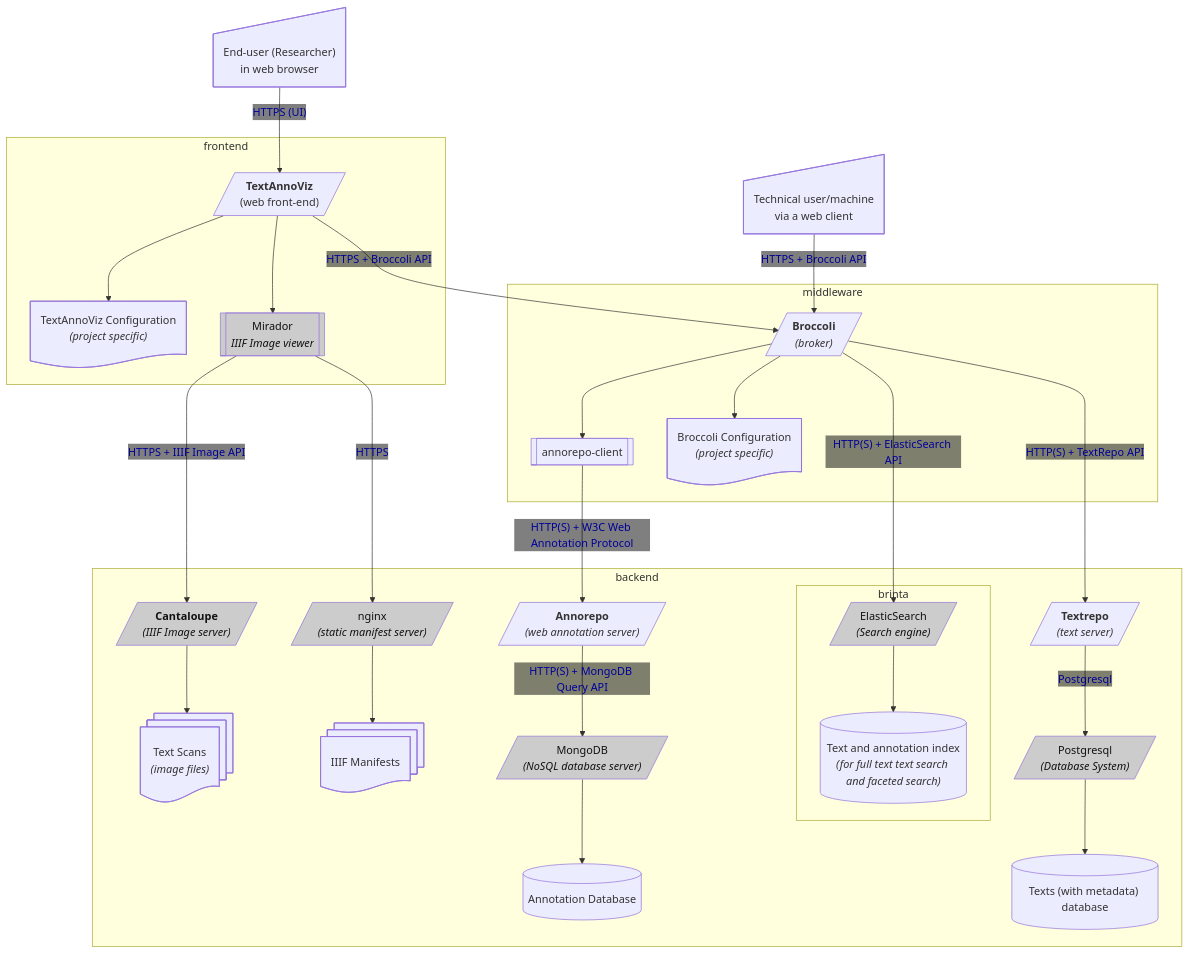
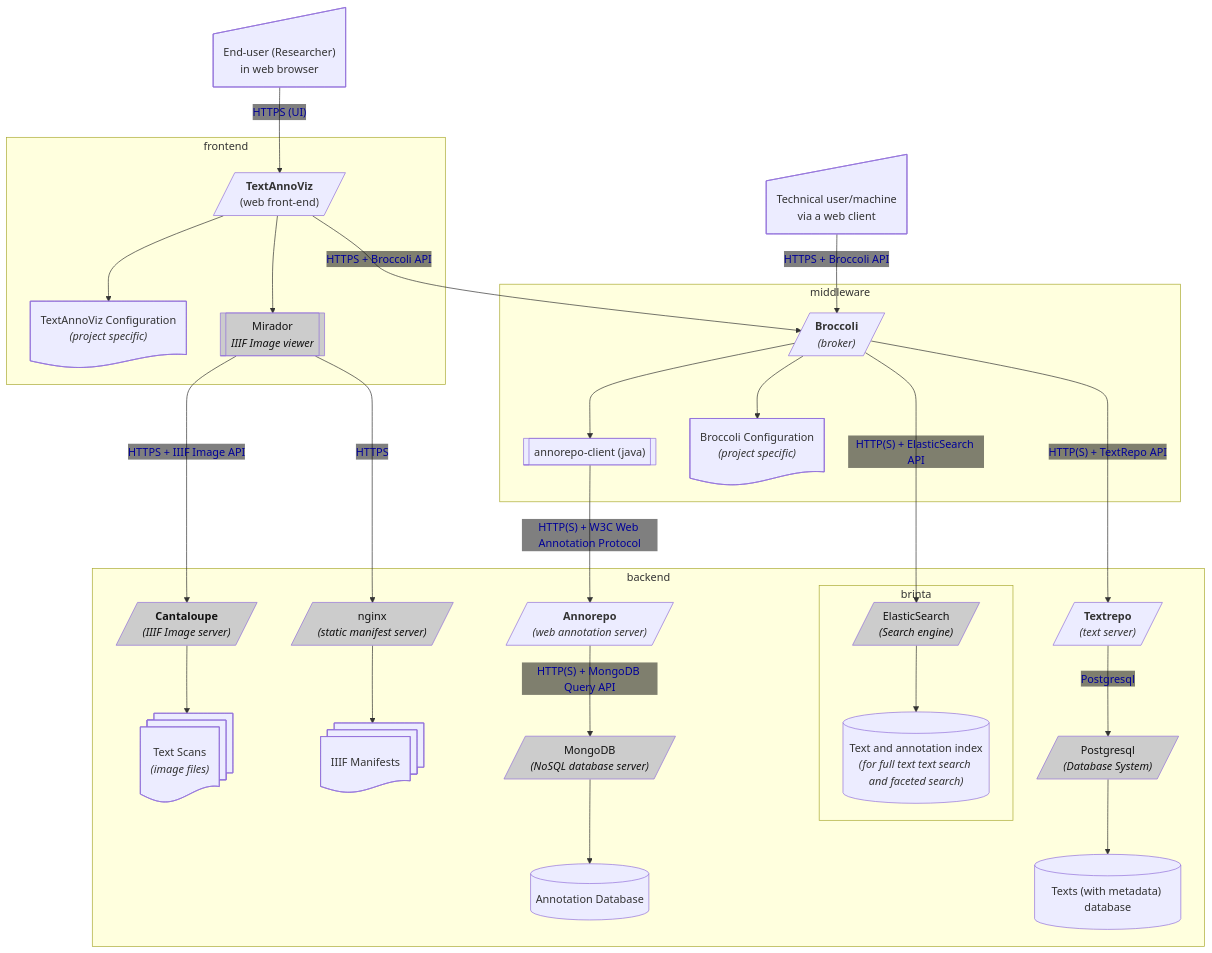
The first of 5 diagrams in README.md (knaw-huc/tt-architecture), drawn with Mermaid before and after one commit. The commit also changed other lines of this file, not shown here.

Commit message:
added explicit ingest block to STAM schema

````diff
--- a/README.md
+++ b/README.md
@@ -28,81 +28,81 @@
 ```mermaid
 %%{init: {"flowchart": {"htmlLabels": true},
     'themeVariables': {
       'edgeLabelBackground': 'transparent'
     }
 }}%%
 flowchart TD
 
 
     user@{ shape: sl-rect, label: "End-user (Researcher)<br>in web browser"}
     user -- "HTTPS (UI)" --> textannoviz
     subgraph frontend
         tavconf@{ shape: doc, label: "TextAnnoViz Configuration<br><i>(project specific)</i>"}
         textannoviz --> tavconf
 
         textannoviz[/"<b>TextAnnoViz</b><br>(web front-end)"/]
         mirador@{shape: subproc, label: "Mirador<br><i>IIIF Image viewer</i>"}
         textannoviz --> mirador
     end
 
     techuser@{ shape: sl-rect, label: "Technical user/machine<br>via a web client"}
 
     techuser -- "HTTPS + Broccoli API" --> broccoli
     subgraph middleware
         textannoviz -- "HTTPS + Broccoli API" --> broccoli
         broccoli[/"<b>Broccoli</b><br><i>(broker)</i>"/]
 
-        broccoli_annorepoclient@{shape: subproc, label: "annorepo-client"}
+        broccoli_annorepoclient@{shape: subproc, label: "annorepo-client (java)"}
         broccoli --> broccoli_annorepoclient 
 
         broccoli --> brocconf
         brocconf@{ shape: doc, label: "Broccoli Configuration<br><i>(project specific)</i>"}
     end
 
 
     subgraph backend
     
         annorepo[/"<b>Annorepo</b><br><i>(web annotation server)</i>"/]
         mongodb[/"MongoDB<br><i>(NoSQL database server)</i>"/]
         annorepo_db[("Annotation Database")]
         annorepo -- "HTTP(S) + MongoDB Query API" --> mongodb --> annorepo_db
 
 
         textscans@{ shape: docs, label: "Text Scans<br><i>(image files)</i>"}
         textdb@{ shape: database, label: "Texts (with metadata) database"}
 
         textrepo[/"<b>Textrepo</b><br><i>(text server)</i>"/]
         postgresql[/"Postgresql<br><i>(Database System)</i>"/]
 
         subgraph brinta
             broccoli -- "HTTP(S) + ElasticSearch API" --> elasticsearch
             elasticsearch[/"ElasticSearch<br><i>(Search engine)</i>"/]
             searchindex[("Text and annotation index<br><i>(for full text text search and faceted search)</i>")]
             elasticsearch --> searchindex
         end
 
         textrepo -- "Postgresql" --> postgresql
 
         postgresql --> textdb
 
         cantaloupe[/"<b>Cantaloupe</b><br><i>(IIIF Image server)</i>"/]
         manifests@{ shape: docs, label: "IIIF Manifests"}
         cantaloupe --> textscans
 
         broccoli_annorepoclient -- "HTTP(S) + W3C Web Annotation Protocol" --> annorepo
         broccoli -- "HTTP(S) + TextRepo API" --> textrepo
 
         manifest_server[/"nginx<br><i>(static manifest server)</i>"/]
         manifest_server --> manifests
 
 
         mirador -- "HTTPS + IIIF Image API" --> cantaloupe
         mirador -- "HTTPS" --> manifest_server
     end
 
 
     classDef thirdparty fill:#ccc,color:#111
     class cantaloupe,mongodb,elasticsearch,postgresql,mirador,manifest_server thirdparty
 
     linkStyle default background:transparent,color:#009
 ```
````
